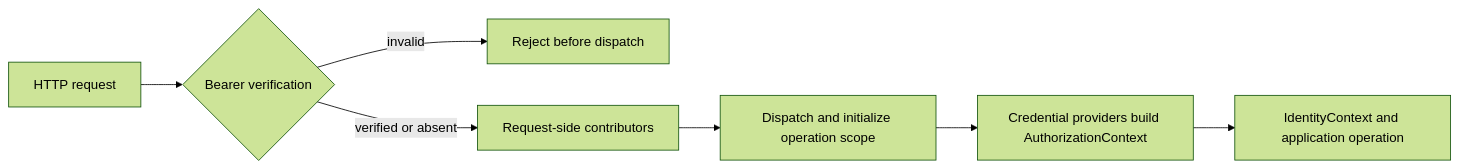
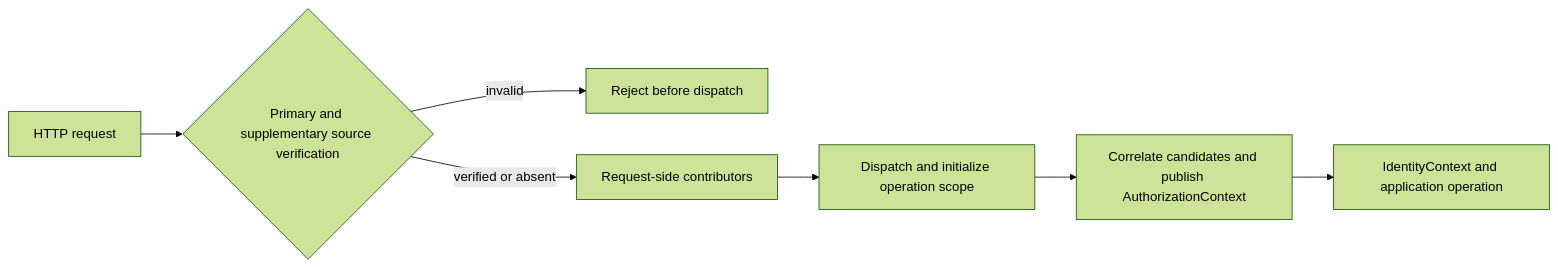
The second of 2 diagrams in docs/architecture/authorization.md (frederik-hoeft/min-favs-sharewise), drawn with Mermaid (forest theme) before and after one commit. The commit also changed other lines of this file and 17 other files, not shown here.

Commit message:
P2.5-G: document distributed authorization and reconcile architecture contracts

````diff
--- a/docs/architecture/authorization.md
+++ b/docs/architecture/authorization.md
@@ -75,9 +76,9 @@
 ```mermaid
 flowchart LR
-    Request["HTTP request"] --> Verify{"Bearer verification"}
+    Request["HTTP request"] --> Verify{"Primary and supplementary source verification"}
     Verify -->|"invalid"| Reject["Reject before dispatch"]
     Verify -->|"verified or absent"| Inputs["Request-side contributors"]
     Inputs --> Dispatch["Dispatch and initialize operation scope"]
-    Dispatch --> Evidence["Credential providers build AuthorizationContext"]
+    Dispatch --> Evidence["Correlate candidates and publish AuthorizationContext"]
     Evidence --> Identity["IdentityContext and application operation"]
 ```
````
